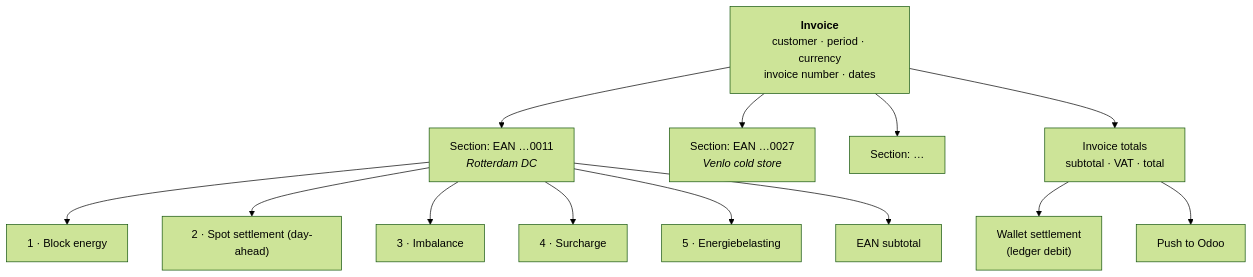
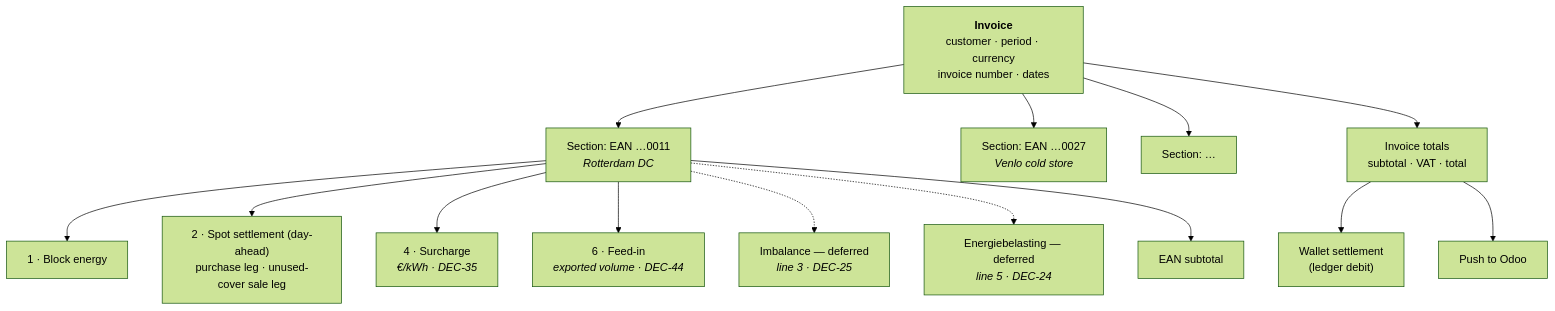
Before and after one commit to lukastosic-ifd/peakpowerspecs: the first of 2 diagrams in specs/50-calculations/03-invoice-calculation.md, drawn with Mermaid (forest theme). The commit also changed other lines of this file and 43 other files, not shown here.

````diff
--- a/specs/50-calculations/03-invoice-calculation.md
+++ b/specs/50-calculations/03-invoice-calculation.md
@@ -15,18 +31,19 @@
 ```mermaid
 flowchart TB
     INV["<b>Invoice</b><br/>customer · period · currency<br/>invoice number · dates"]
     INV --> S1["Section: EAN …0011<br/><i>Rotterdam DC</i>"]
     INV --> S2["Section: EAN …0027<br/><i>Venlo cold store</i>"]
     INV --> SX["Section: …"]
     INV --> TOT["Invoice totals<br/>subtotal · VAT · total"]
 
     S1 --> L1["1 · Block energy"]
-    S1 --> L2["2 · Spot settlement (day-ahead)"]
-    S1 --> L3["3 · Imbalance"]
-    S1 --> L4["4 · Surcharge"]
-    S1 --> L5["5 · Energiebelasting"]
+    S1 --> L2["2 · Spot settlement (day-ahead)<br/>purchase leg · unused-cover sale leg"]
+    S1 --> L4["4 · Surcharge<br/><i>€/kWh · DEC-35</i>"]
+    S1 --> L6["6 · Feed-in<br/><i>exported volume · DEC-44</i>"]
+    S1 -.-> L3["Imbalance — deferred<br/><i>line 3 · DEC-25</i>"]
+    S1 -.-> L5["Energiebelasting — deferred<br/><i>line 5 · DEC-24</i>"]
     S1 --> LS["EAN subtotal"]
 
     TOT --> W["Wallet settlement<br/>(ledger debit)"]
     TOT --> O["Push to Odoo"]
 ```
````
